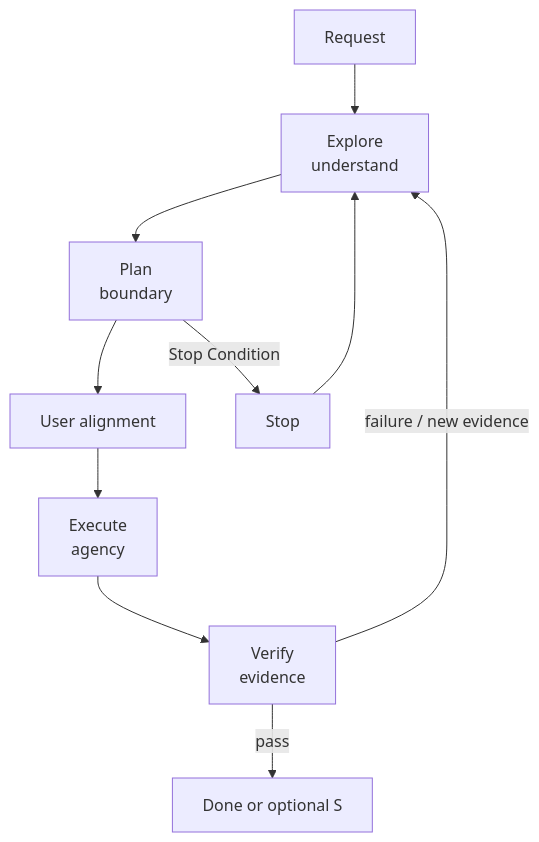
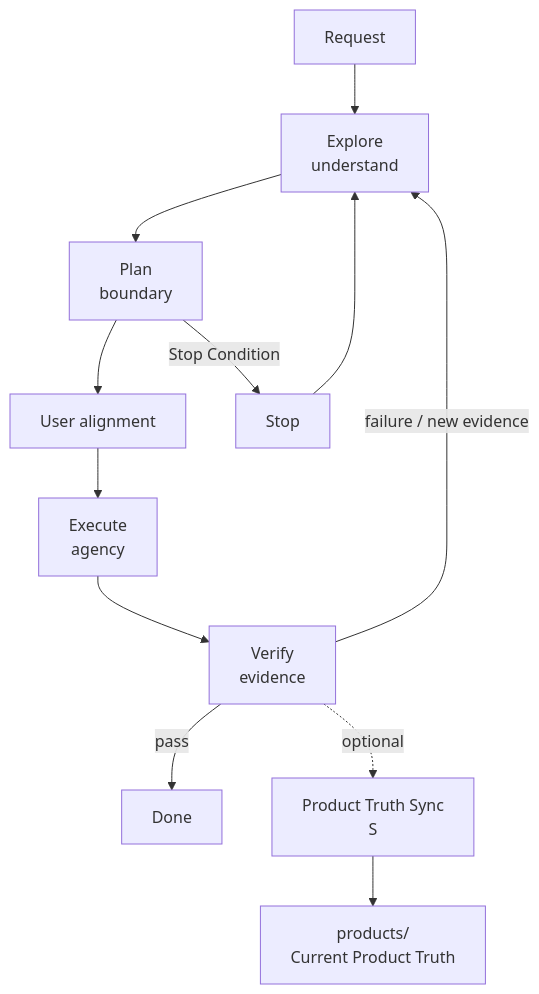
The second of 9 diagrams in docs/workflows/engineering-task-loop/README.md (cnxutu/tu-engineering-workbench), drawn with Mermaid before and after one commit. The commit also changed other lines of this file and 1 other file, not shown here.

First line of the commit message:
feat(流程图): 更新流程图

````diff
--- a/docs/workflows/engineering-task-loop/README.md
+++ b/docs/workflows/engineering-task-loop/README.md
@@ -154,12 +155,14 @@
 ```mermaid
 flowchart TD
-    R[Request] --> E[Explore<br/>understand]
-    E --> P[Plan<br/>boundary]
-    P --> A[User alignment]
-    A --> X[Execute<br/>agency]
-    X --> V[Verify<br/>evidence]
-    V -->|pass| D[Done or optional S]
-    V -->|failure / new evidence| E
-    P -->|Stop Condition| S[Stop]
-    S --> E
+    REQUEST[Request] --> EXPLORE[Explore<br/>understand]
+    EXPLORE --> PLAN[Plan<br/>boundary]
+    PLAN --> ALIGN[User alignment]
+    ALIGN --> EXECUTE[Execute<br/>agency]
+    EXECUTE --> VERIFY[Verify<br/>evidence]
+    VERIFY -->|pass| DONE[Done]
+    VERIFY -. optional .-> SYNC[Product Truth Sync<br/>S]
+    SYNC --> PRODUCTS[products/<br/>Current Product Truth]
+    VERIFY -->|failure / new evidence| EXPLORE
+    PLAN -->|Stop Condition| STOP[Stop]
+    STOP --> EXPLORE
 ```
````
